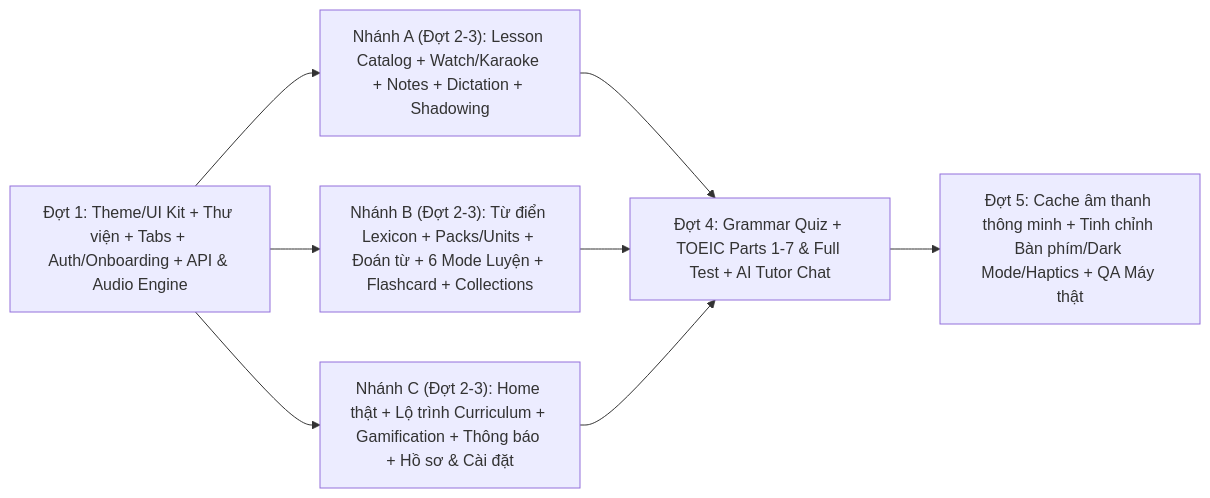
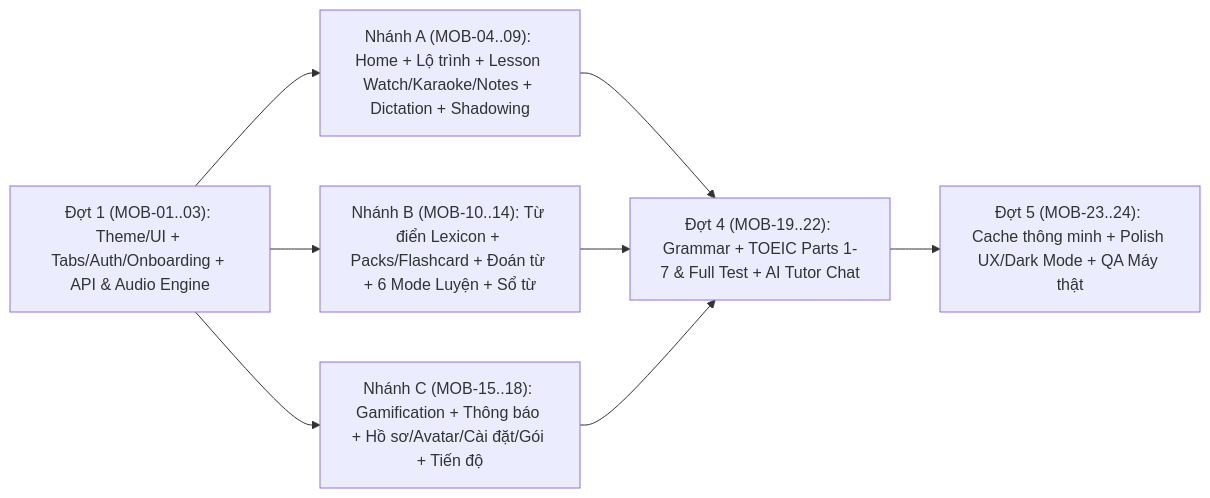
The diagram in docs/mobile/HANDOFF_AND_BACKLOG.md (nrin31266/lyreo-platform), drawn with Mermaid before and after one commit. The commit also changed other lines of this file, not shown here.

````diff
--- a/docs/mobile/HANDOFF_AND_BACKLOG.md
+++ b/docs/mobile/HANDOFF_AND_BACKLOG.md
@@ -198,10 +98,10 @@
 ```mermaid
 flowchart LR
-  D1["Đợt 1: Theme/UI Kit + Thư viện + Tabs + Auth/Onboarding + API & Audio Engine"] --> N1["Nhánh A (Đợt 2-3): Lesson Catalog + Watch/Karaoke + Notes + Dictation + Shadowing"]
-  D1 --> N2["Nhánh B (Đợt 2-3): Từ điển Lexicon + Packs/Units + Đoán từ + 6 Mode Luyện + Flashcard + Collections"]
-  D1 --> N3["Nhánh C (Đợt 2-3): Home thật + Lộ trình Curriculum + Gamification + Thông báo + Hồ sơ & Cài đặt"]
-  N1 --> D4["Đợt 4: Grammar Quiz + TOEIC Parts 1-7 & Full Test + AI Tutor Chat"]
+  D1["Đợt 1 (MOB-01..03): Theme/UI + Tabs/Auth/Onboarding + API & Audio Engine"] --> N1["Nhánh A (MOB-04..09): Home + Lộ trình + Lesson Watch/Karaoke/Notes + Dictation + Shadowing"]
+  D1 --> N2["Nhánh B (MOB-10..14): Từ điển Lexicon + Packs/Flashcard + Đoán từ + 6 Mode Luyện + Sổ từ"]
+  D1 --> N3["Nhánh C (MOB-15..18): Gamification + Thông báo + Hồ sơ/Avatar/Cài đặt/Gói + Tiến độ"]
+  N1 --> D4["Đợt 4 (MOB-19..22): Grammar + TOEIC Parts 1-7 & Full Test + AI Tutor Chat"]
   N2 --> D4
   N3 --> D4
-  D4 --> D5["Đợt 5: Cache âm thanh thông minh + Tinh chỉnh Bàn phím/Dark Mode/Haptics + QA Máy thật"]
+  D4 --> D5["Đợt 5 (MOB-23..24): Cache thông minh + Polish UX/Dark Mode + QA Máy thật"]
 ```
````
